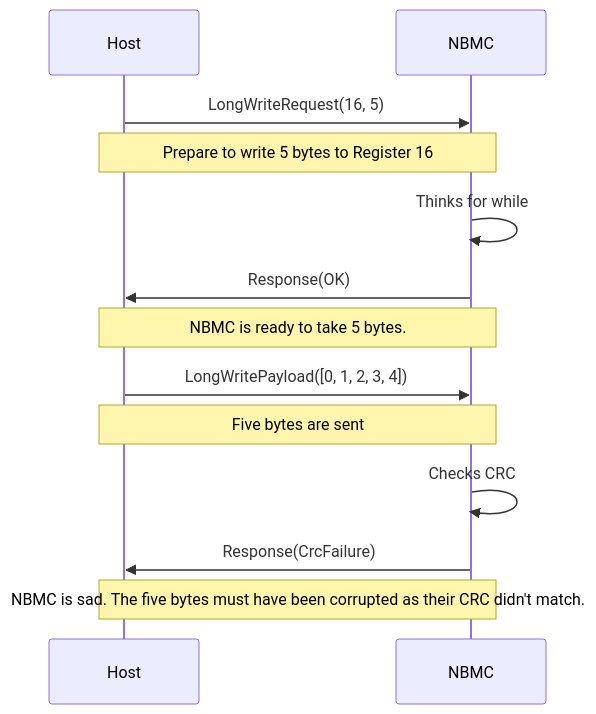
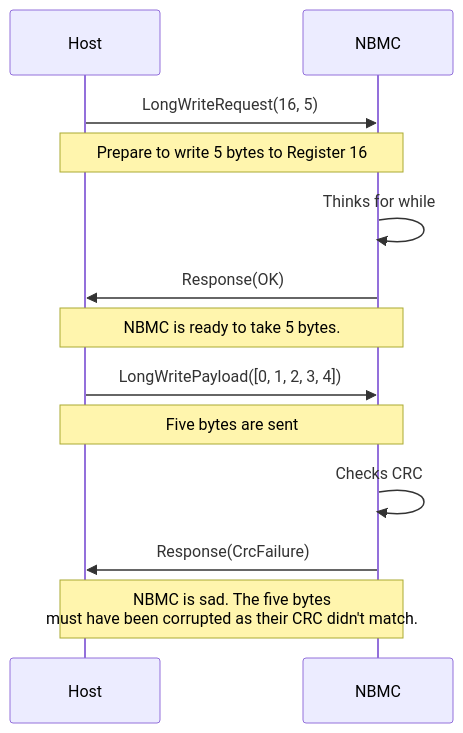
Before and after one commit to Neotron-Compute/Neotron-BMC: the fourth of 4 diagrams in README.md, drawn with Mermaid. The commit also changed other lines of this file, not shown here.

````diff
--- a/README.md
+++ b/README.md
@@ -215,21 +226,21 @@
 ```mermaid
 sequenceDiagram
 
 Host->>NBMC: LongWriteRequest(16, 5)
 Note over Host, NBMC: Prepare to write 5 bytes to Register 16
 
 NBMC->>NBMC: Thinks for while
 
 NBMC->>Host: Response(OK)
 
 Note over Host, NBMC: NBMC is ready to take 5 bytes.
 
 Host->>NBMC: LongWritePayload([0, 1, 2, 3, 4])
 Note over Host, NBMC: Five bytes are sent
 
 NBMC->>NBMC: Checks CRC
 
 NBMC->>Host: Response(CrcFailure)
 
-Note over Host, NBMC: NBMC is sad. The five bytes must have been corrupted as their CRC didn't match.
+Note over Host, NBMC: NBMC is sad. The five bytes<br/>must have been corrupted as their CRC didn't match.
 ```
````
